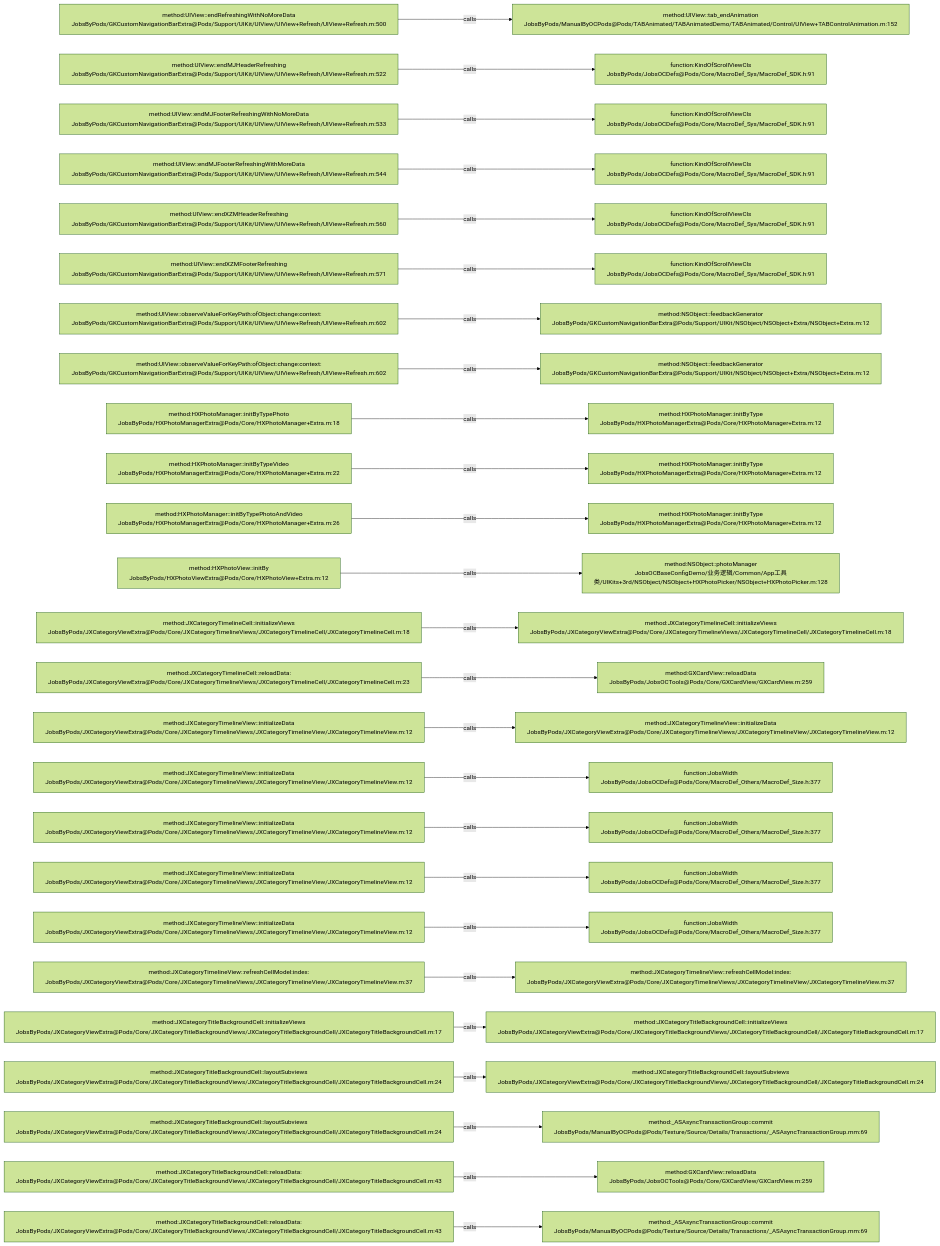
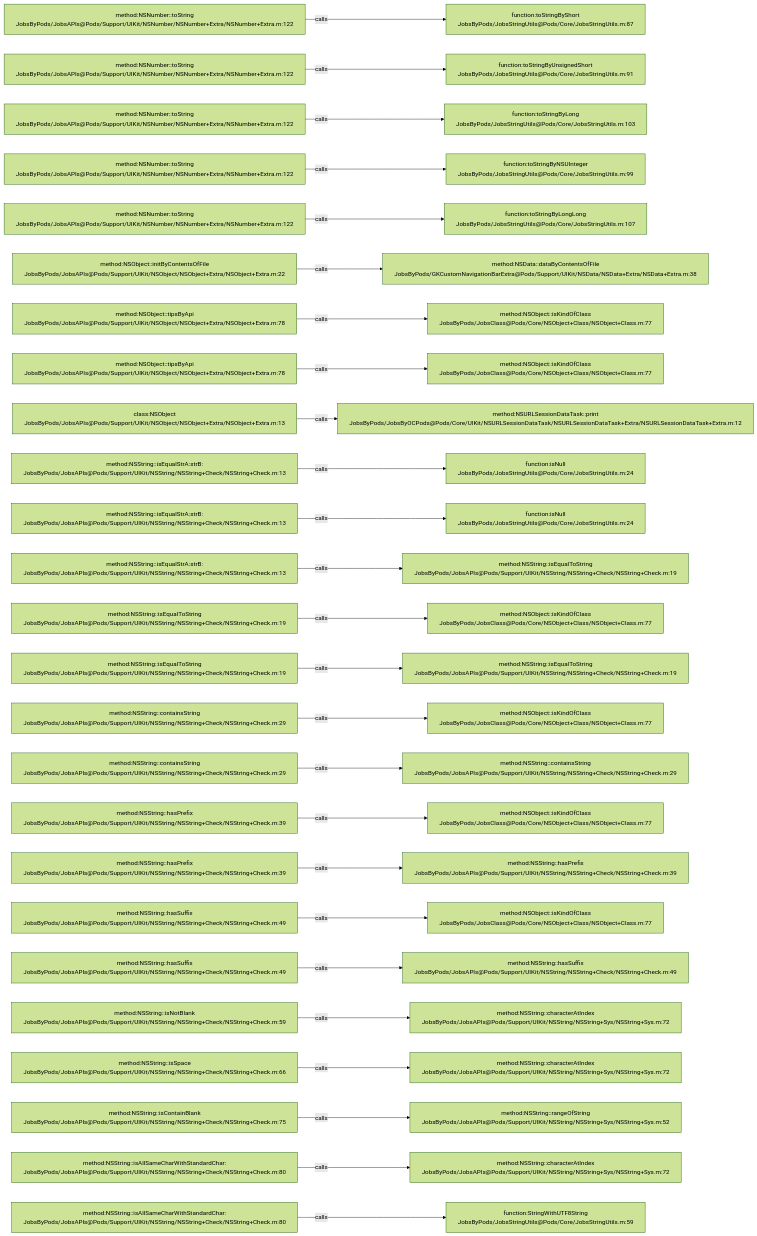
The diagram in .codegraph/codegraph.md/graphs/calls-013.md (JobsKits/JobsOCBaseConfigDemo), drawn with Mermaid (forest theme) before and after one commit. The commit also changed 1026 other files, not shown here.

````diff
--- a/.codegraph/codegraph.md/graphs/calls-013.md
+++ b/.codegraph/codegraph.md/graphs/calls-013.md
@@ -13,78 +13,78 @@
 ```mermaid
 flowchart LR
-  S1["method:UIView::endRefreshingWithNoMoreData<br/>JobsByPods/GKCustomNavigationBarExtra@Pods/Support/UIKit/UIView/UIView+Refresh/UIView+Refresh.m:500"]
-  T1["method:UIView::tab_endAnimation<br/>JobsByPods/ManualByOCPods@Pods/TABAnimated/TABAnimatedDemo/TABAnimated/Control/UIView+TABControlAnimation.m:152"]
+  S1["method:NSNumber::toString<br/>JobsByPods/JobsAPIs@Pods/Support/UIKit/NSNumber/NSNumber+Extra/NSNumber+Extra.m:122"]
+  T1["function:toStringByShort<br/>JobsByPods/JobsStringUtils@Pods/Core/JobsStringUtils.m:87"]
   S1 -->|calls| T1
-  S2["method:UIView::endMJHeaderRefreshing<br/>JobsByPods/GKCustomNavigationBarExtra@Pods/Support/UIKit/UIView/UIView+Refresh/UIView+Refresh.m:522"]
-  T2["function:KindOfScrollViewCls<br/>JobsByPods/JobsOCDefs@Pods/Core/MacroDef_Sys/MacroDef_SDK.h:91"]
+  S2["method:NSNumber::toString<br/>JobsByPods/JobsAPIs@Pods/Support/UIKit/NSNumber/NSNumber+Extra/NSNumber+Extra.m:122"]
+  T2["function:toStringByUnsignedShort<br/>JobsByPods/JobsStringUtils@Pods/Core/JobsStringUtils.m:91"]
   S2 -->|calls| T2
-  S3["method:UIView::endMJFooterRefreshingWithNoMoreData<br/>JobsByPods/GKCustomNavigationBarExtra@Pods/Support/UIKit/UIView/UIView+Refresh/UIView+Refresh.m:533"]
-  T3["function:KindOfScrollViewCls<br/>JobsByPods/JobsOCDefs@Pods/Core/MacroDef_Sys/MacroDef_SDK.h:91"]
+  S3["method:NSNumber::toString<br/>JobsByPods/JobsAPIs@Pods/Support/UIKit/NSNumber/NSNumber+Extra/NSNumber+Extra.m:122"]
+  T3["function:toStringByLong<br/>JobsByPods/JobsStringUtils@Pods/Core/JobsStringUtils.m:103"]
   S3 -->|calls| T3
-  S4["method:UIView::endMJFooterRefreshingWithMoreData<br/>JobsByPods/GKCustomNavigationBarExtra@Pods/Support/UIKit/UIView/UIView+Refresh/UIView+Refresh.m:544"]
-  T4["function:KindOfScrollViewCls<br/>JobsByPods/JobsOCDefs@Pods/Core/MacroDef_Sys/MacroDef_SDK.h:91"]
+  S4["method:NSNumber::toString<br/>JobsByPods/JobsAPIs@Pods/Support/UIKit/NSNumber/NSNumber+Extra/NSNumber+Extra.m:122"]
+  T4["function:toStringByNSUInteger<br/>JobsByPods/JobsStringUtils@Pods/Core/JobsStringUtils.m:99"]
   S4 -->|calls| T4
-  S5["method:UIView::endXZMHeaderRefreshing<br/>JobsByPods/GKCustomNavigationBarExtra@Pods/Support/UIKit/UIView/UIView+Refresh/UIView+Refresh.m:560"]
-  T5["function:KindOfScrollViewCls<br/>JobsByPods/JobsOCDefs@Pods/Core/MacroDef_Sys/MacroDef_SDK.h:91"]
+  S5["method:NSNumber::toString<br/>JobsByPods/JobsAPIs@Pods/Support/UIKit/NSNumber/NSNumber+Extra/NSNumber+Extra.m:122"]
+  T5["function:toStringByLongLong<br/>JobsByPods/JobsStringUtils@Pods/Core/JobsStringUtils.m:107"]
   S5 -->|calls| T5
-  S6["method:UIView::endXZMFooterRefreshing<br/>JobsByPods/GKCustomNavigationBarExtra@Pods/Support/UIKit/UIView/UIView+Refresh/UIView+Refresh.m:571"]
-  T6["function:KindOfScrollViewCls<br/>JobsByPods/JobsOCDefs@Pods/Core/MacroDef_Sys/MacroDef_SDK.h:91"]
+  S6["method:NSObject::initByContentsOfFile<br/>JobsByPods/JobsAPIs@Pods/Support/UIKit/NSObject/NSObject+Extra/NSObject+Extra.m:22"]
+  T6["method:NSData::dataByContentsOfFile<br/>JobsByPods/GKCustomNavigationBarExtra@Pods/Support/UIKit/NSData/NSData+Extra/NSData+Extra.m:38"]
   S6 -->|calls| T6
-  S7["method:UIView::observeValueForKeyPath:ofObject:change:context:<br/>JobsByPods/GKCustomNavigationBarExtra@Pods/Support/UIKit/UIView/UIView+Refresh/UIView+Refresh.m:602"]
-  T7["method:NSObject::feedbackGenerator<br/>JobsByPods/GKCustomNavigationBarExtra@Pods/Support/UIKit/NSObject/NSObject+Extra/NSObject+Extra.m:12"]
+  S7["method:NSObject::tipsByApi<br/>JobsByPods/JobsAPIs@Pods/Support/UIKit/NSObject/NSObject+Extra/NSObject+Extra.m:78"]
+  T7["method:NSObject::isKindOfClass<br/>JobsByPods/JobsClass@Pods/Core/NSObject+Class/NSObject+Class.m:77"]
   S7 -->|calls| T7
-  S8["method:UIView::observeValueForKeyPath:ofObject:change:context:<br/>JobsByPods/GKCustomNavigationBarExtra@Pods/Support/UIKit/UIView/UIView+Refresh/UIView+Refresh.m:602"]
-  T8["method:NSObject::feedbackGenerator<br/>JobsByPods/GKCustomNavigationBarExtra@Pods/Support/UIKit/NSObject/NSObject+Extra/NSObject+Extra.m:12"]
+  S8["method:NSObject::tipsByApi<br/>JobsByPods/JobsAPIs@Pods/Support/UIKit/NSObject/NSObject+Extra/NSObject+Extra.m:78"]
+  T8["method:NSObject::isKindOfClass<br/>JobsByPods/JobsClass@Pods/Core/NSObject+Class/NSObject+Class.m:77"]
   S8 -->|calls| T8
-  S9["method:HXPhotoManager::initByTypePhoto<br/>JobsByPods/HXPhotoManagerExtra@Pods/Core/HXPhotoManager+Extra.m:18"]
-  T9["method:HXPhotoManager::initByType<br/>JobsByPods/HXPhotoManagerExtra@Pods/Core/HXPhotoManager+Extra.m:12"]
+  S9["class:NSObject<br/>JobsByPods/JobsAPIs@Pods/Support/UIKit/NSObject/NSObject+Extra/NSObject+Extra.m:13"]
+  T9["method:NSURLSessionDataTask::print<br/>JobsByPods/JobsByOCPods@Pods/Core/UIKit/NSURLSessionDataTask/NSURLSessionDataTask+Extra/NSURLSessionDataTask+Extra.m:12"]
   S9 -->|calls| T9
-  S10["method:HXPhotoManager::initByTypeVideo<br/>JobsByPods/HXPhotoManagerExtra@Pods/Core/HXPhotoManager+Extra.m:22"]
-  T10["method:HXPhotoManager::initByType<br/>JobsByPods/HXPhotoManagerExtra@Pods/Core/HXPhotoManager+Extra.m:12"]
+  S10["method:NSString::isEqualStrA:strB:<br/>JobsByPods/JobsAPIs@Pods/Support/UIKit/NSString/NSString+Check/NSString+Check.m:13"]
+  T10["function:isNull<br/>JobsByPods/JobsStringUtils@Pods/Core/JobsStringUtils.m:24"]
   S10 -->|calls| T10
-  S11["method:HXPhotoManager::initByTypePhotoAndVideo<br/>JobsByPods/HXPhotoManagerExtra@Pods/Core/HXPhotoManager+Extra.m:26"]
-  T11["method:HXPhotoManager::initByType<br/>JobsByPods/HXPhotoManagerExtra@Pods/Core/HXPhotoManager+Extra.m:12"]
+  S11["method:NSString::isEqualStrA:strB:<br/>JobsByPods/JobsAPIs@Pods/Support/UIKit/NSString/NSString+Check/NSString+Check.m:13"]
+  T11["function:isNull<br/>JobsByPods/JobsStringUtils@Pods/Core/JobsStringUtils.m:24"]
   S11 -->|calls| T11
-  S12["method:HXPhotoView::initBy<br/>JobsByPods/HXPhotoViewExtra@Pods/Core/HXPhotoView+Extra.m:12"]
-  T12["method:NSObject::photoManager<br/>JobsOCBaseConfigDemo/业务逻辑/Common/App工具类/UIKits+3rd/NSObject/NSObject+HXPhotoPicker/NSObject+HXPhotoPicker.m:128"]
+  S12["method:NSString::isEqualStrA:strB:<br/>JobsByPods/JobsAPIs@Pods/Support/UIKit/NSString/NSString+Check/NSString+Check.m:13"]
+  T12["method:NSString::isEqualToString<br/>JobsByPods/JobsAPIs@Pods/Support/UIKit/NSString/NSString+Check/NSString+Check.m:19"]
   S12 -->|calls| T12
-  S13["method:JXCategoryTimelineCell::initializeViews<br/>JobsByPods/JXCategoryViewExtra@Pods/Core/JXCategoryTimelineViews/JXCategoryTimelineCell/JXCategoryTimelineCell.m:18"]
-  T13["method:JXCategoryTimelineCell::initializeViews<br/>JobsByPods/JXCategoryViewExtra@Pods/Core/JXCategoryTimelineViews/JXCategoryTimelineCell/JXCategoryTimelineCell.m:18"]
+  S13["method:NSString::isEqualToString<br/>JobsByPods/JobsAPIs@Pods/Support/UIKit/NSString/NSString+Check/NSString+Check.m:19"]
+  T13["method:NSObject::isKindOfClass<br/>JobsByPods/JobsClass@Pods/Core/NSObject+Class/NSObject+Class.m:77"]
   S13 -->|calls| T13
-  S14["method:JXCategoryTimelineCell::reloadData:<br/>JobsByPods/JXCategoryViewExtra@Pods/Core/JXCategoryTimelineViews/JXCategoryTimelineCell/JXCategoryTimelineCell.m:23"]
-  T14["method:GXCardView::reloadData<br/>JobsByPods/JobsOCTools@Pods/Core/GXCardView/GXCardView.m:259"]
+  S14["method:NSString::isEqualToString<br/>JobsByPods/JobsAPIs@Pods/Support/UIKit/NSString/NSString+Check/NSString+Check.m:19"]
+  T14["method:NSString::isEqualToString<br/>JobsByPods/JobsAPIs@Pods/Support/UIKit/NSString/NSString+Check/NSString+Check.m:19"]
   S14 -->|calls| T14
-  S15["method:JXCategoryTimelineView::initializeData<br/>JobsByPods/JXCategoryViewExtra@Pods/Core/JXCategoryTimelineViews/JXCategoryTimelineView/JXCategoryTimelineView.m:12"]
-  T15["method:JXCategoryTimelineView::initializeData<br/>JobsByPods/JXCategoryViewExtra@Pods/Core/JXCategoryTimelineViews/JXCategoryTimelineView/JXCategoryTimelineView.m:12"]
+  S15["method:NSString::containsString<br/>JobsByPods/JobsAPIs@Pods/Support/UIKit/NSString/NSString+Check/NSString+Check.m:29"]
+  T15["method:NSObject::isKindOfClass<br/>JobsByPods/JobsClass@Pods/Core/NSObject+Class/NSObject+Class.m:77"]
   S15 -->|calls| T15
-  S16["method:JXCategoryTimelineView::initializeData<br/>JobsByPods/JXCategoryViewExtra@Pods/Core/JXCategoryTimelineViews/JXCategoryTimelineView/JXCategoryTimelineView.m:12"]
-  T16["function:JobsWidth<br/>JobsByPods/JobsOCDefs@Pods/Core/MacroDef_Others/MacroDef_Size.h:377"]
+  S16["method:NSString::containsString<br/>JobsByPods/JobsAPIs@Pods/Support/UIKit/NSString/NSString+Check/NSString+Check.m:29"]
+  T16["method:NSString::containsString<br/>JobsByPods/JobsAPIs@Pods/Support/UIKit/NSString/NSString+Check/NSString+Check.m:29"]
   S16 -->|calls| T16
-  S17["method:JXCategoryTimelineView::initializeData<br/>JobsByPods/JXCategoryViewExtra@Pods/Core/JXCategoryTimelineViews/JXCategoryTimelineView/JXCategoryTimelineView.m:12"]
-  T17["function:JobsWidth<br/>JobsByPods/JobsOCDefs@Pods/Core/MacroDef_Others/MacroDef_Size.h:377"]
+  S17["method:NSString::hasPrefix<br/>JobsByPods/JobsAPIs@Pods/Support/UIKit/NSString/NSString+Check/NSString+Check.m:39"]
+  T17["method:NSObject::isKindOfClass<br/>JobsByPods/JobsClass@Pods/Core/NSObject+Class/NSObject+Class.m:77"]
   S17 -->|calls| T17
-  S18["method:JXCategoryTimelineView::initializeData<br/>JobsByPods/JXCategoryViewExtra@Pods/Core/JXCategoryTimelineViews/JXCategoryTimelineView/JXCategoryTimelineView.m:12"]
-  T18["function:JobsWidth<br/>JobsByPods/JobsOCDefs@Pods/Core/MacroDef_Others/MacroDef_Size.h:377"]
+  S18["method:NSString::hasPrefix<br/>JobsByPods/JobsAPIs@Pods/Support/UIKit/NSString/NSString+Check/NSString+Check.m:39"]
+  T18["method:NSString::hasPrefix<br/>JobsByPods/JobsAPIs@Pods/Support/UIKit/NSString/NSString+Check/NSString+Check.m:39"]
   S18 -->|calls| T18
-  S19["method:JXCategoryTimelineView::initializeData<br/>JobsByPods/JXCategoryViewExtra@Pods/Core/JXCategoryTimelineViews/JXCategoryTimelineView/JXCategoryTimelineView.m:12"]
-  T19["function:JobsWidth<br/>JobsByPods/JobsOCDefs@Pods/Core/MacroDef_Others/MacroDef_Size.h:377"]
+  S19["method:NSString::hasSuffix<br/>JobsByPods/JobsAPIs@Pods/Support/UIKit/NSString/NSString+Check/NSString+Check.m:49"]
+  T19["method:NSObject::isKindOfClass<br/>JobsByPods/JobsClass@Pods/Core/NSObject+Class/NSObject+Class.m:77"]
   S19 -->|calls| T19
-  S20["method:JXCategoryTimelineView::refreshCellModel:index:<br/>JobsByPods/JXCategoryViewExtra@Pods/Core/JXCategoryTimelineViews/JXCategoryTimelineView/JXCategoryTimelineView.m:37"]
-  T20["method:JXCategoryTimelineView::refreshCellModel:index:<br/>JobsByPods/JXCategoryViewExtra@Pods/Core/JXCategoryTimelineViews/JXCategoryTimelineView/JXCategoryTimelineView.m:37"]
+  S20["method:NSString::hasSuffix<br/>JobsByPods/JobsAPIs@Pods/Support/UIKit/NSString/NSString+Check/NSString+Check.m:49"]
+  T20["method:NSString::hasSuffix<br/>JobsByPods/JobsAPIs@Pods/Support/UIKit/NSString/NSString+Check/NSString+Check.m:49"]
   S20 -->|calls| T20
-  S21["method:JXCategoryTitleBackgroundCell::initializeViews<br/>JobsByPods/JXCategoryViewExtra@Pods/Core/JXCategoryTitleBackgroundViews/JXCategoryTitleBackgroundCell/JXCategoryTitleBackgroundCell.m:17"]
-  T21["method:JXCategoryTitleBackgroundCell::initializeViews<br/>JobsByPods/JXCategoryViewExtra@Pods/Core/JXCategoryTitleBackgroundViews/JXCategoryTitleBackgroundCell/JXCategoryTitleBackgroundCell.m:17"]
+  S21["method:NSString::isNotBlank<br/>JobsByPods/JobsAPIs@Pods/Support/UIKit/NSString/NSString+Check/NSString+Check.m:59"]
+  T21["method:NSString::characterAtIndex<br/>JobsByPods/JobsAPIs@Pods/Support/UIKit/NSString/NSString+Sys/NSString+Sys.m:72"]
   S21 -->|calls| T21
-  S22["method:JXCategoryTitleBackgroundCell::layoutSubviews<br/>JobsByPods/JXCategoryViewExtra@Pods/Core/JXCategoryTitleBackgroundViews/JXCategoryTitleBackgroundCell/JXCategoryTitleBackgroundCell.m:24"]
-  T22["method:JXCategoryTitleBackgroundCell::layoutSubviews<br/>JobsByPods/JXCategoryViewExtra@Pods/Core/JXCategoryTitleBackgroundViews/JXCategoryTitleBackgroundCell/JXCategoryTitleBackgroundCell.m:24"]
+  S22["method:NSString::isSpace<br/>JobsByPods/JobsAPIs@Pods/Support/UIKit/NSString/NSString+Check/NSString+Check.m:66"]
+  T22["method:NSString::characterAtIndex<br/>JobsByPods/JobsAPIs@Pods/Support/UIKit/NSString/NSString+Sys/NSString+Sys.m:72"]
   S22 -->|calls| T22
-  S23["method:JXCategoryTitleBackgroundCell::layoutSubviews<br/>JobsByPods/JXCategoryViewExtra@Pods/Core/JXCategoryTitleBackgroundViews/JXCategoryTitleBackgroundCell/JXCategoryTitleBackgroundCell.m:24"]
-  T23["method:_ASAsyncTransactionGroup::commit<br/>JobsByPods/ManualByOCPods@Pods/Texture/Source/Details/Transactions/_ASAsyncTransactionGroup.mm:69"]
+  S23["method:NSString::isContainBlank<br/>JobsByPods/JobsAPIs@Pods/Support/UIKit/NSString/NSString+Check/NSString+Check.m:75"]
+  T23["method:NSString::rangeOfString<br/>JobsByPods/JobsAPIs@Pods/Support/UIKit/NSString/NSString+Sys/NSString+Sys.m:52"]
   S23 -->|calls| T23
-  S24["method:JXCategoryTitleBackgroundCell::reloadData:<br/>JobsByPods/JXCategoryViewExtra@Pods/Core/JXCategoryTitleBackgroundViews/JXCategoryTitleBackgroundCell/JXCategoryTitleBackgroundCell.m:43"]
-  T24["method:GXCardView::reloadData<br/>JobsByPods/JobsOCTools@Pods/Core/GXCardView/GXCardView.m:259"]
+  S24["method:NSString::isAllSameCharWithStandardChar:<br/>JobsByPods/JobsAPIs@Pods/Support/UIKit/NSString/NSString+Check/NSString+Check.m:80"]
+  T24["method:NSString::characterAtIndex<br/>JobsByPods/JobsAPIs@Pods/Support/UIKit/NSString/NSString+Sys/NSString+Sys.m:72"]
   S24 -->|calls| T24
-  S25["method:JXCategoryTitleBackgroundCell::reloadData:<br/>JobsByPods/JXCategoryViewExtra@Pods/Core/JXCategoryTitleBackgroundViews/JXCategoryTitleBackgroundCell/JXCategoryTitleBackgroundCell.m:43"]
-  T25["method:_ASAsyncTransactionGroup::commit<br/>JobsByPods/ManualByOCPods@Pods/Texture/Source/Details/Transactions/_ASAsyncTransactionGroup.mm:69"]
+  S25["method:NSString::isAllSameCharWithStandardChar:<br/>JobsByPods/JobsAPIs@Pods/Support/UIKit/NSString/NSString+Check/NSString+Check.m:80"]
+  T25["function:StringWithUTF8String<br/>JobsByPods/JobsStringUtils@Pods/Core/JobsStringUtils.m:59"]
   S25 -->|calls| T25
 ```
````
